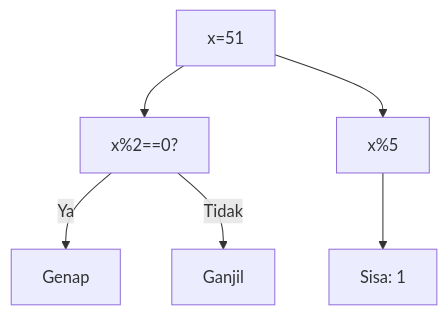
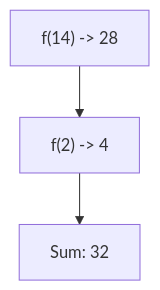
One commit to amnahwaida/OSNK_INF_PREP changed the second of 25 diagrams in part-c-pemahaman-cpp/04-fungsi/latihan/set-11.md. Above: the diagram before and after it, drawn with Mermaid. The commit also changed other lines of this file and 71 other files, not shown here.

````diff
--- a/part-c-pemahaman-cpp/04-fungsi/latihan/set-11.md
+++ b/part-c-pemahaman-cpp/04-fungsi/latihan/set-11.md
@@ -52,8 +48,5 @@
 ```mermaid
 graph TD
-A["x=51"] --> B["x%2==0?"]
-B -- Ya --> C["Genap"]
-B -- Tidak --> D["Ganjil"]
-A --> E["x%5"]
-E --> F["Sisa: 1"]
+A["f(14) -> 28"] --> B["f(2) -> 4"]
+B --> C["Sum: 32"]
 ```
````
